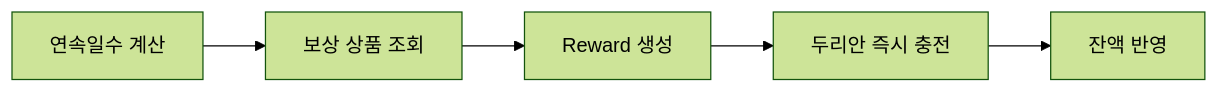
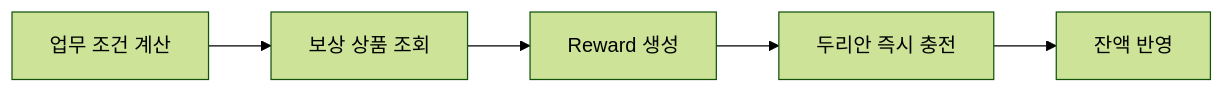
The second of 13 diagrams in _posts/2026-03-20-reward-creation-receipt-charge-responsibility.md (jiwon11/jiwon11.github.io), drawn with Mermaid (forest theme) before and after one commit. The commit also changed other lines of this file and 9 other files, not shown here.

```diff
--- a/_posts/2026-03-20-reward-creation-receipt-charge-responsibility.md
+++ b/_posts/2026-03-20-reward-creation-receipt-charge-responsibility.md
@@ -73,7 +76,7 @@
 ~~~mermaid
 flowchart LR
-    C["연속일수 계산"] --> P["보상 상품 조회"]
+    C["업무 조건 계산"] --> P["보상 상품 조회"]
     P --> R["Reward 생성"]
     R --> D["두리안 즉시 충전"]
     D --> B["잔액 반영"]
 ~~~
```
